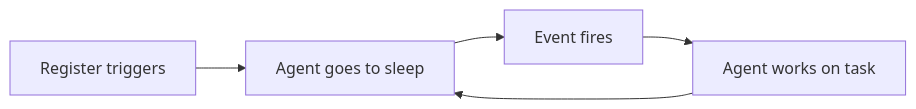
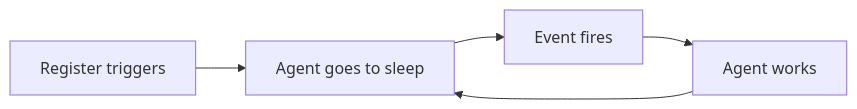
One commit to pietz/trigr changed the diagram in README.md. Above: the diagram before and after it, drawn with Mermaid.

Commit message:
chart correctrion

````diff
--- a/README.md
+++ b/README.md
@@ -19,7 +19,7 @@
 ```mermaid
 graph LR
     A[Register triggers] --> B[Agent goes to sleep]
     B --> C[Event fires]
-    C --> D[Agent works on task]
+    C --> D[Agent works]
     D --> B
 ```
````
